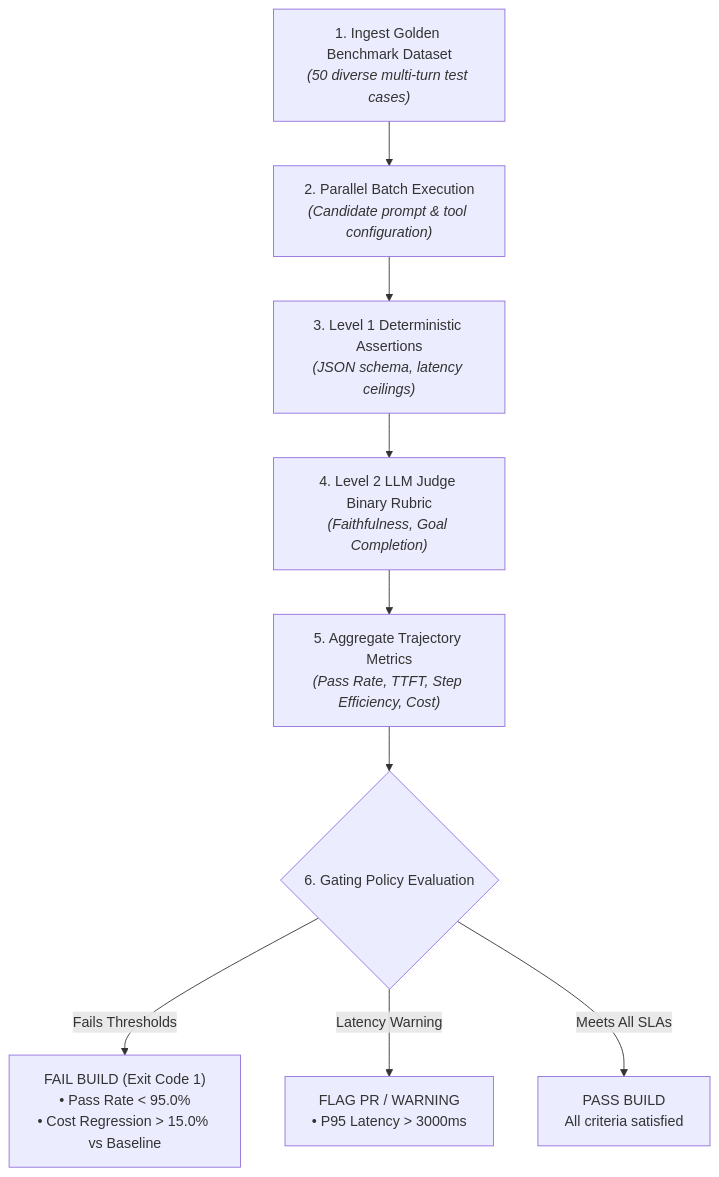
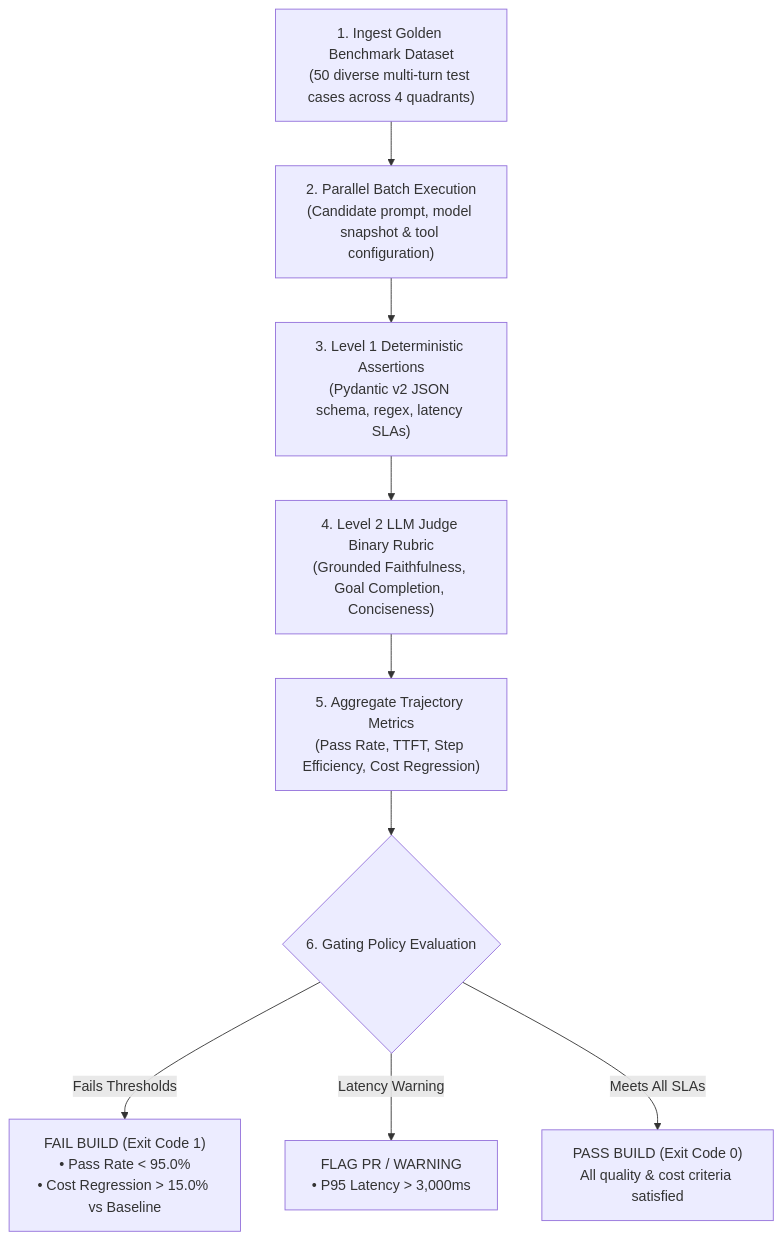
One commit to dip4k/senior-engineer-to-ai-engineer-roadmap changed the diagram in 06-evals-and-observability/labs/capstone-cicd-evaluation-pipeline.md. Above: the diagram before and after it, drawn with Mermaid. The commit also changed other lines of this file and 17 other files, not shown here.

````diff
--- a/06-evals-and-observability/labs/capstone-cicd-evaluation-pipeline.md
+++ b/06-evals-and-observability/labs/capstone-cicd-evaluation-pipeline.md
@@ -11,19 +11,19 @@
 ```mermaid
 flowchart TD
-    Step1["1. Ingest Golden Benchmark Dataset<br/><i>(50 diverse multi-turn test cases)</i>"]
-    Step2["2. Parallel Batch Execution<br/><i>(Candidate prompt & tool configuration)</i>"]
-    Step3["3. Level 1 Deterministic Assertions<br/><i>(JSON schema, latency ceilings)</i>"]
-    Step4["4. Level 2 LLM Judge Binary Rubric<br/><i>(Faithfulness, Goal Completion)</i>"]
-    Step5["5. Aggregate Trajectory Metrics<br/><i>(Pass Rate, TTFT, Step Efficiency, Cost)</i>"]
+    Step1["1. Ingest Golden Benchmark Dataset<br/>(50 diverse multi-turn test cases across 4 quadrants)"]
+    Step2["2. Parallel Batch Execution<br/>(Candidate prompt, model snapshot & tool configuration)"]
+    Step3["3. Level 1 Deterministic Assertions<br/>(Pydantic v2 JSON schema, regex, latency SLAs)"]
+    Step4["4. Level 2 LLM Judge Binary Rubric<br/>(Grounded Faithfulness, Goal Completion, Conciseness)"]
+    Step5["5. Aggregate Trajectory Metrics<br/>(Pass Rate, TTFT, Step Efficiency, Cost Regression)"]
     
     Gate{"6. Gating Policy Evaluation"}
     
     Fail["FAIL BUILD (Exit Code 1)<br/>• Pass Rate &lt; 95.0%<br/>• Cost Regression &gt; 15.0% vs Baseline"]
-    Warn["FLAG PR / WARNING<br/>• P95 Latency &gt; 3000ms"]
-    Pass["PASS BUILD<br/>All criteria satisfied"]
+    Warn["FLAG PR / WARNING<br/>• P95 Latency &gt; 3,000ms"]
+    Pass["PASS BUILD (Exit Code 0)<br/>All quality & cost criteria satisfied"]
     
     Step1 --> Step2 --> Step3 --> Step4 --> Step5 --> Gate
     Gate -->|"Fails Thresholds"| Fail
     Gate -->|"Latency Warning"| Warn
     Gate -->|"Meets All SLAs"| Pass
 ```
````
